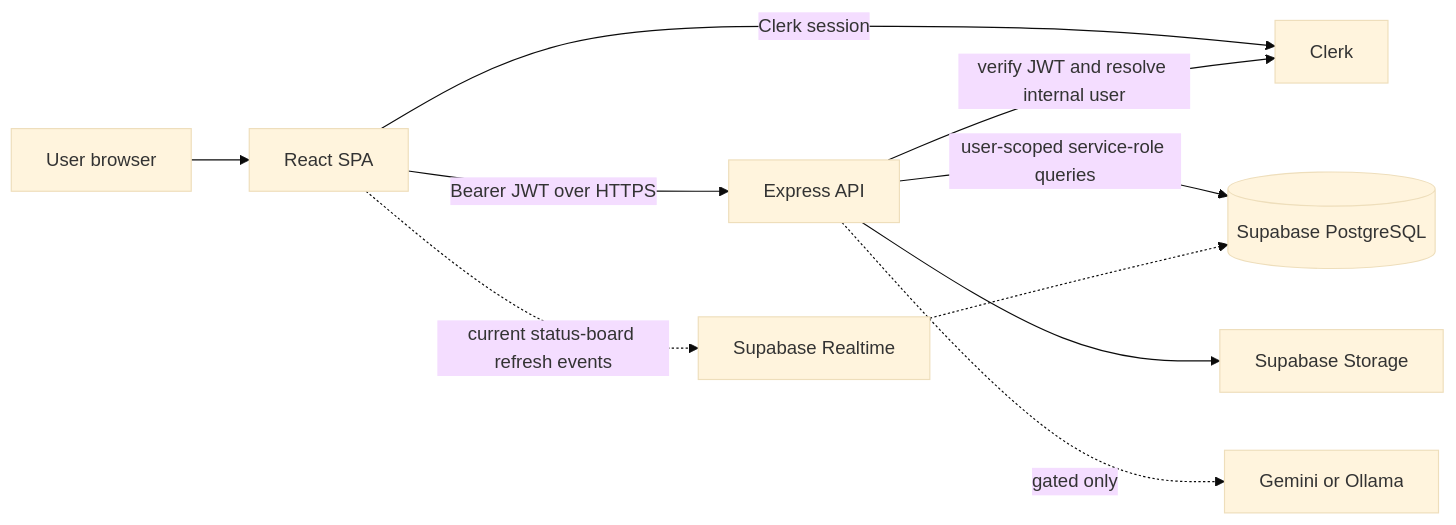
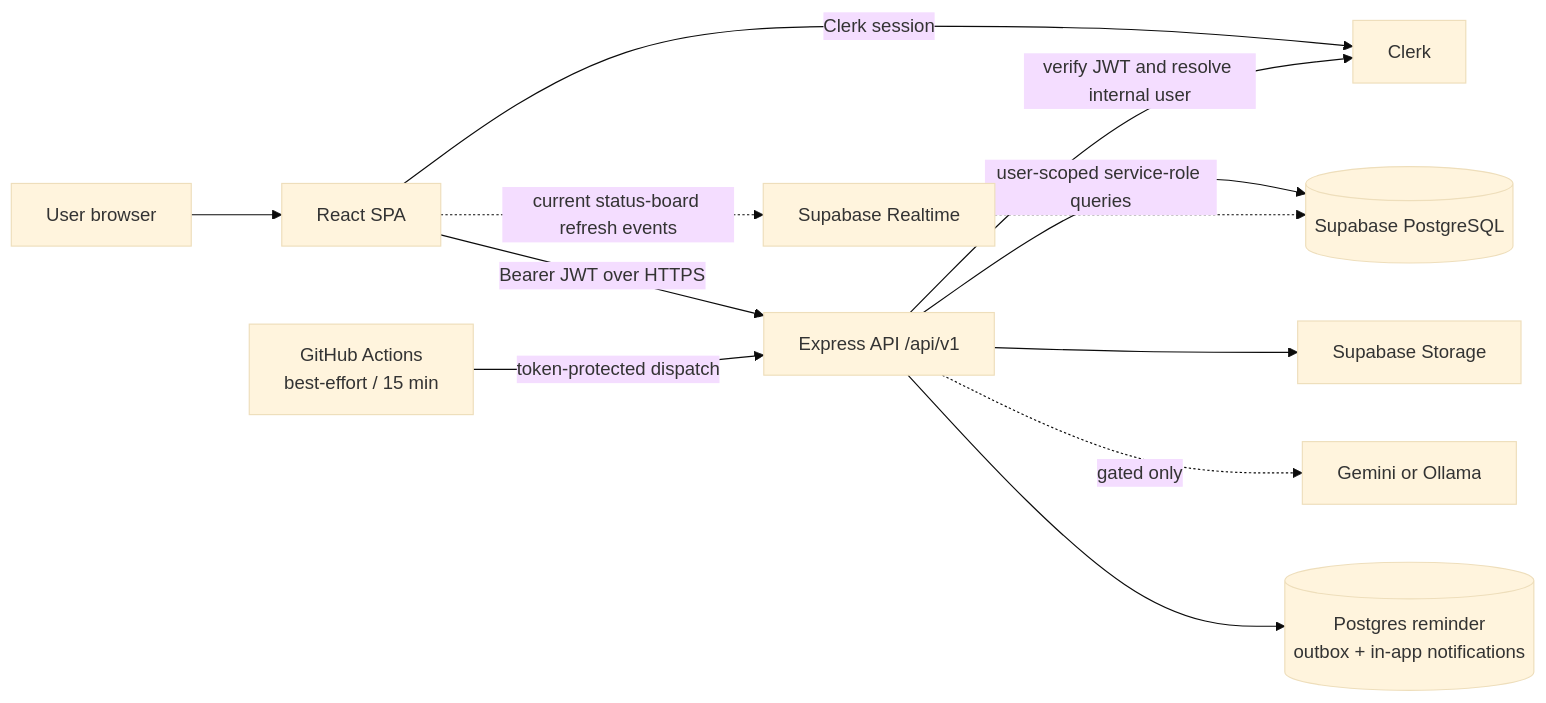
Before and after one commit to Venkat-Kolasani/FutureStack: the first of 4 diagrams in docs/DOCUMENTATION.md, drawn with Mermaid (base theme). The commit also changed other lines of this file and 14 other files, not shown here.

````diff
--- a/docs/DOCUMENTATION.md
+++ b/docs/DOCUMENTATION.md
@@ -58,12 +59,14 @@
 ```mermaid
 flowchart LR
   U["User browser"] --> R["React SPA"]
   R -->|"Clerk session"| C["Clerk"]
-  R -->|"Bearer JWT over HTTPS"| A["Express API"]
+  R -->|"Bearer JWT over HTTPS"| A["Express API /api/v1"]
   A -->|"verify JWT and resolve internal user"| C
   A -->|"user-scoped service-role queries"| DB[("Supabase PostgreSQL")]
   R -. "current status-board refresh events" .-> RT["Supabase Realtime"]
   RT -.-> DB
   A --> ST["Supabase Storage"]
   A -. "gated only" .-> LLM["Gemini or Ollama"]
+  G["GitHub Actions\nbest-effort / 15 min"] -->|"token-protected dispatch"| A
+  A --> J[("Postgres reminder\noutbox + in-app notifications")]
 ```
````
